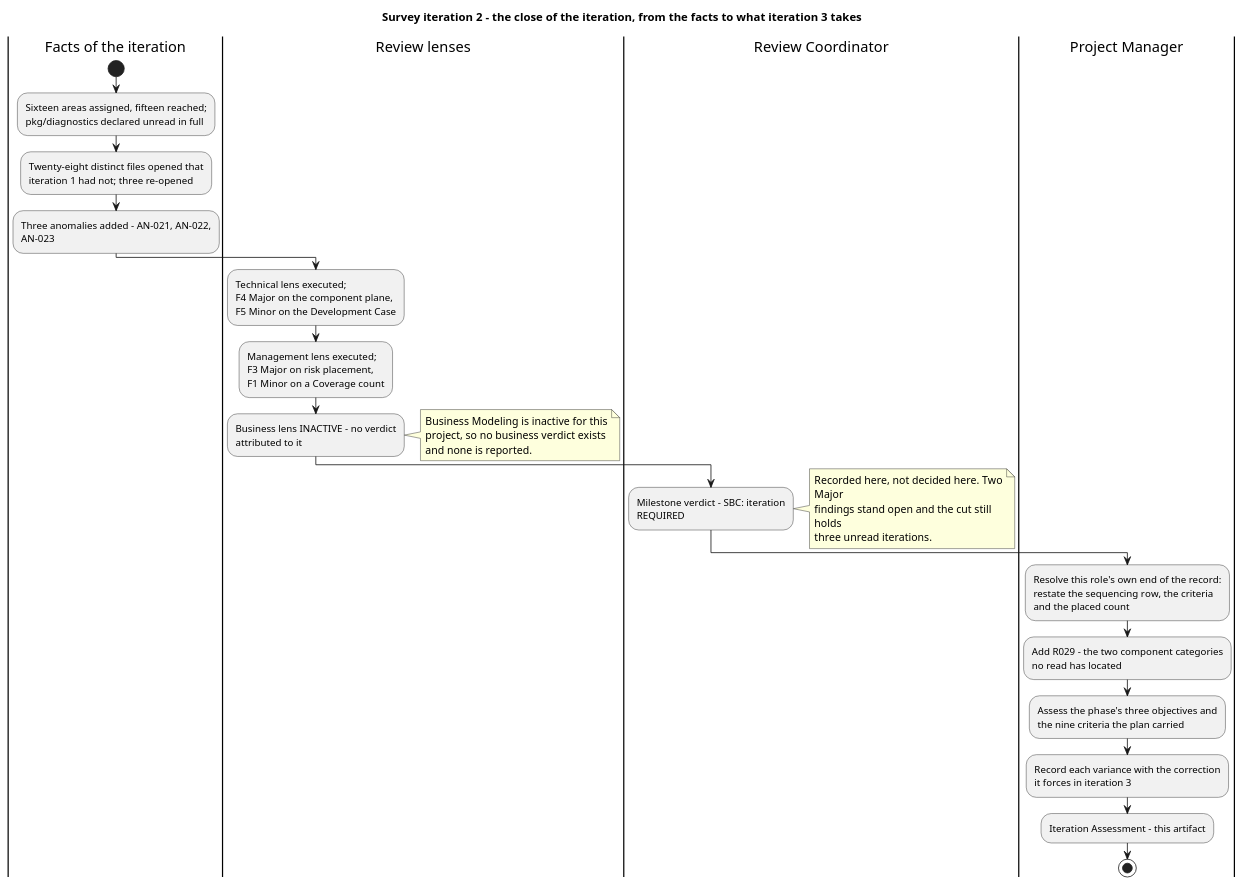
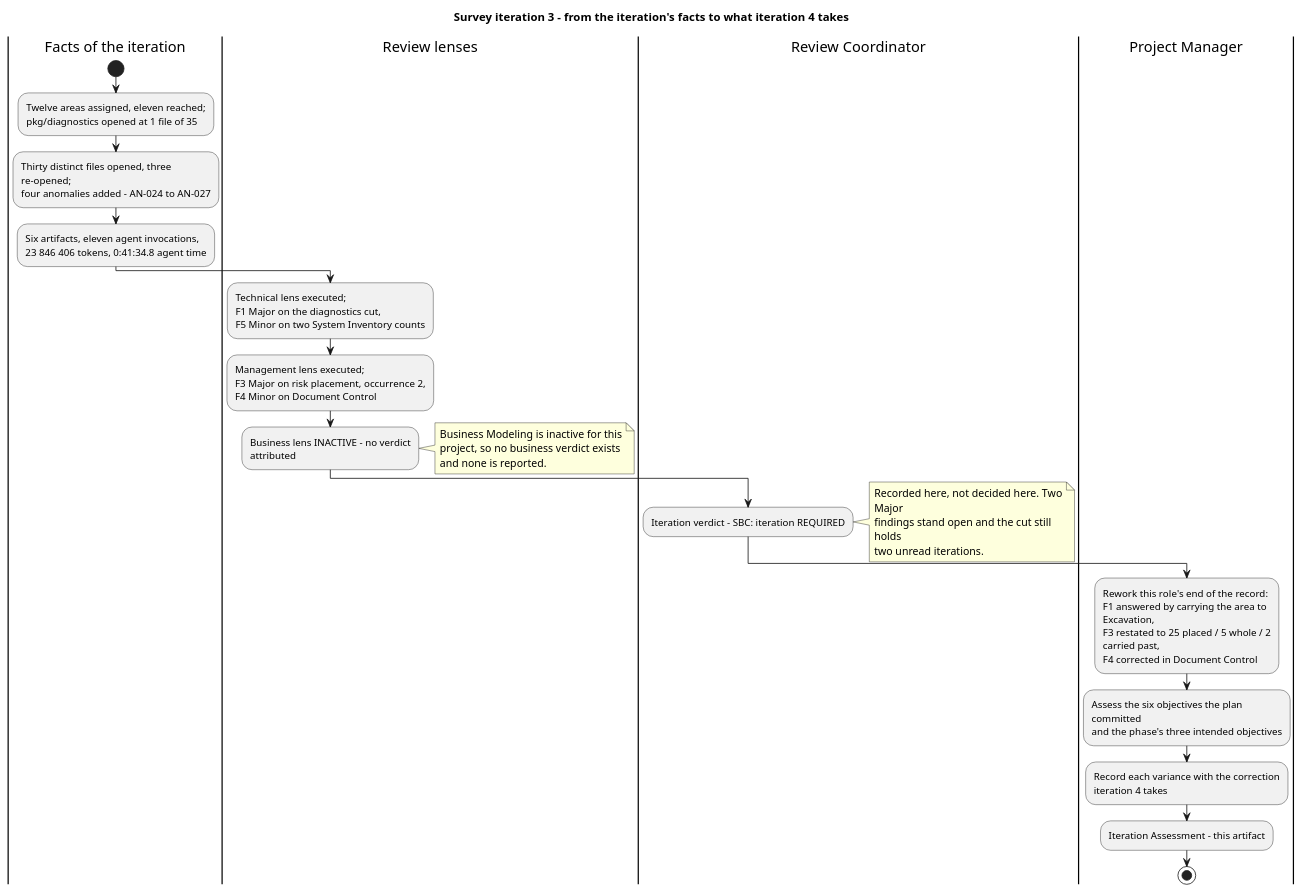
One commit to banense-test/dapr changed the first of 3 diagrams in docs/artifacts/project-management/iteration-assessment.md. Above: the diagram before and after it, drawn with PlantUML. The commit also changed other lines of this file, not shown here.

First line of the commit message:
Project Manager [Survey3]: upsert Iteration Assessment

````diff
--- a/docs/artifacts/project-management/iteration-assessment.md
+++ b/docs/artifacts/project-management/iteration-assessment.md
@@ -27,35 +40,34 @@
 ```plantuml
 @startuml
-title Survey iteration 2 - the close of the iteration, from the facts to what iteration 3 takes
-skinparam wrapWidth 240
+title Survey iteration 3 - from the iteration's facts to what iteration 4 takes
+skinparam wrapWidth 250
 
 |Facts of the iteration|
 start
-:Sixteen areas assigned, fifteen reached;\npkg/diagnostics declared unread in full;
-:Twenty-eight distinct files opened that\niteration 1 had not; three re-opened;
-:Three anomalies added - AN-021, AN-022, AN-023;
+:Twelve areas assigned, eleven reached;\npkg/diagnostics opened at 1 file of 35;
+:Thirty distinct files opened, three re-opened;\nfour anomalies added - AN-024 to AN-027;
+:Six artifacts, eleven agent invocations,\n23 846 406 tokens, 0:41:34.8 agent time;
 |Review lenses|
-:Technical lens executed;\nF4 Major on the component plane,\nF5 Minor on the Development Case;
-:Management lens executed;\nF3 Major on risk placement,\nF1 Minor on a Coverage count;
-:Business lens INACTIVE - no verdict attributed to it;
+:Technical lens executed;\nF1 Major on the diagnostics cut,\nF5 Minor on two System Inventory counts;
+:Management lens executed;\nF3 Major on risk placement, occurrence 2,\nF4 Minor on Document Control;
+:Business lens INACTIVE - no verdict attributed;
 note right
   Business Modeling is inactive for this
   project, so no business verdict exists
   and none is reported.
 end note
 |Review Coordinator|
-:Milestone verdict - SBC: iteration REQUIRED;
+:Iteration verdict - SBC: iteration REQUIRED;
 note right
   Recorded here, not decided here. Two Major
   findings stand open and the cut still holds
-  three unread iterations.
+  two unread iterations.
 end note
 |Project Manager|
-:Resolve this role's own end of the record:\nrestate the sequencing row, the criteria\nand the placed count;
-:Add R029 - the two component categories\nno read has located;
-:Assess the phase's three objectives and\nthe nine criteria the plan carried;
-:Record each variance with the correction\nit forces in iteration 3;
+:Rework this role's end of the record:\nF1 answered by carrying the area to Excavation,\nF3 restated to 25 placed / 5 whole / 2 carried past,\nF4 corrected in Document Control;
+:Assess the six objectives the plan committed\nand the phase's three intended objectives;
+:Record each variance with the correction\niteration 4 takes;
 :Iteration Assessment - this artifact;
 stop
 @enduml
 ```
````
